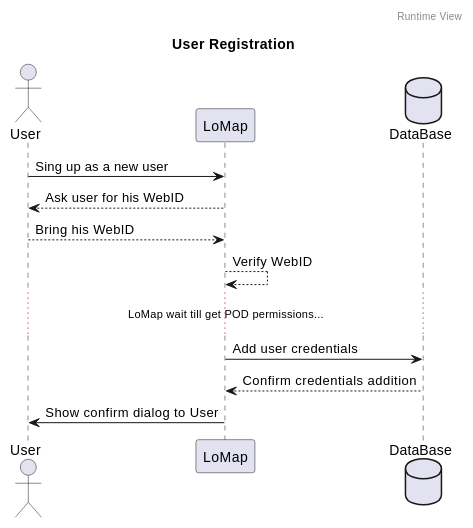
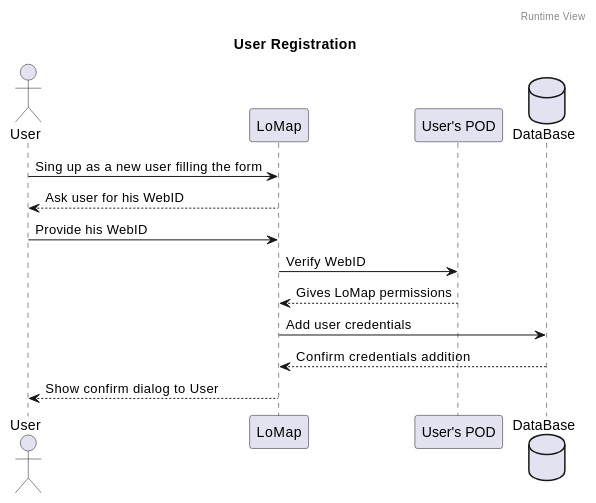
Before and after one commit to Arquisoft/lomap_es2c: the first of 4 diagrams in docs/06_runtime_view.adoc, drawn with PlantUML. The commit also changed other lines of this file, not shown here.

```diff
--- a/docs/06_runtime_view.adoc
+++ b/docs/06_runtime_view.adoc
@@ -35,19 +37,19 @@
 [plantuml,"Register sequence diagram",png]
 ----
 header Runtime View
 title User Registration
 Actor User
 Participant LoMap
+Participant POD as "User's POD"
 Database DataBase as "DataBase" 
 
-User -> LoMap: Sing up as a new user
+User -> LoMap: Sing up as a new user filling the form
 User <-- LoMap: Ask user for his WebID
-User --> LoMap: Bring his WebID
-LoMap --> LoMap: Verify WebID
-
-...LoMap wait till get POD permissions......
+User -> LoMap: Provide his WebID
+LoMap -> POD: Verify WebID
+LoMap <-- POD: Gives LoMap permissions
 
 LoMap -> DataBase: Add user credentials
 LoMap <-- DataBase: Confirm credentials addition
-User <- LoMap: Show confirm dialog to User
+User <-- LoMap: Show confirm dialog to User
 ----
```
